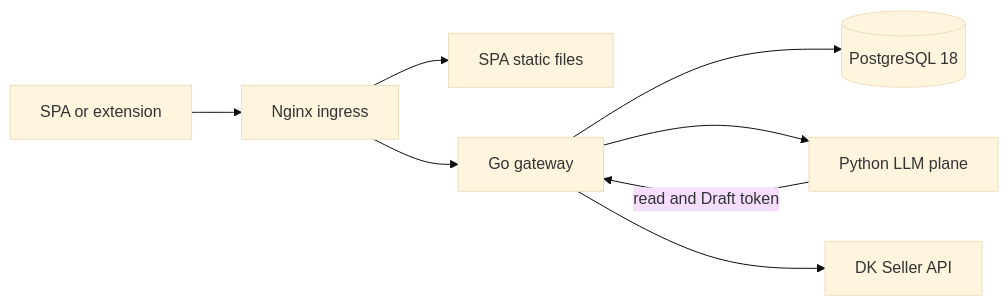
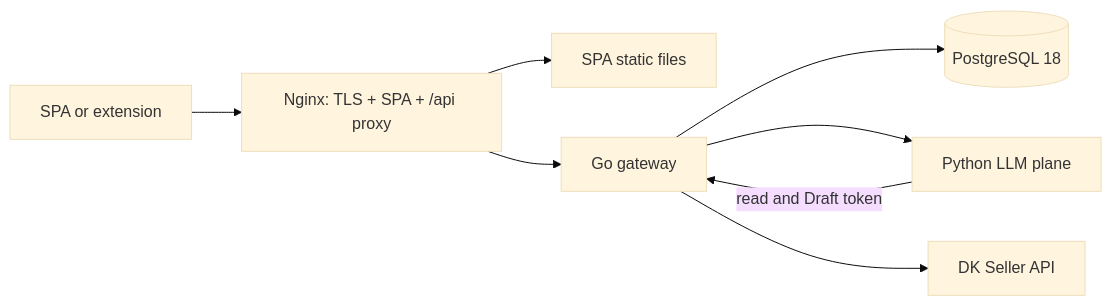
One commit to mhosseinab/market-ops changed the diagram in DEPLOYMENT.md. Above: the diagram before and after it, drawn with Mermaid (base theme). The commit also changed other lines of this file and 9 other files, not shown here.

First line of the commit message:
feat(deploy): add the production compose topology, TLS ingress and migration runner (#424)

````diff
--- a/DEPLOYMENT.md
+++ b/DEPLOYMENT.md
@@ -24,10 +29,10 @@
 ```mermaid
 flowchart LR
-    Browser[SPA or extension] --> Nginx[Nginx ingress]
+    Browser[SPA or extension] --> Nginx[Nginx: TLS + SPA + /api proxy]
     Nginx --> Web[SPA static files]
     Nginx --> Core[Go gateway]
     Core --> DB[(PostgreSQL 18)]
     Core --> LLM[Python LLM plane]
     LLM -->|read and Draft token| Core
     Core --> DK[DK Seller API]
 ```
````
